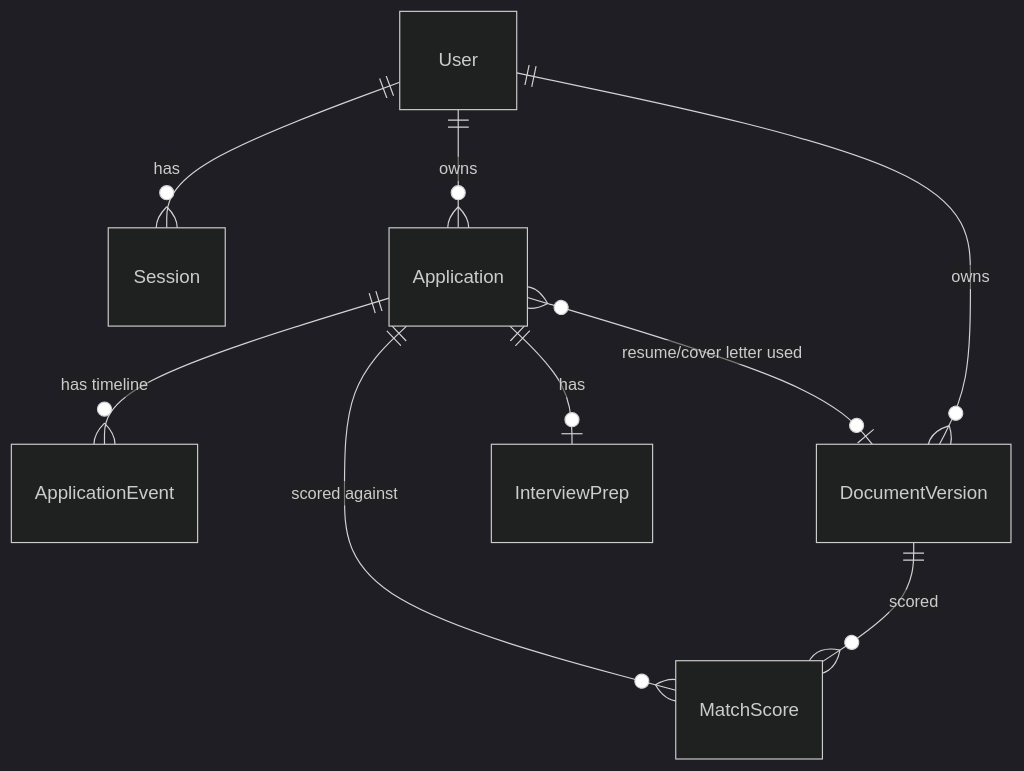
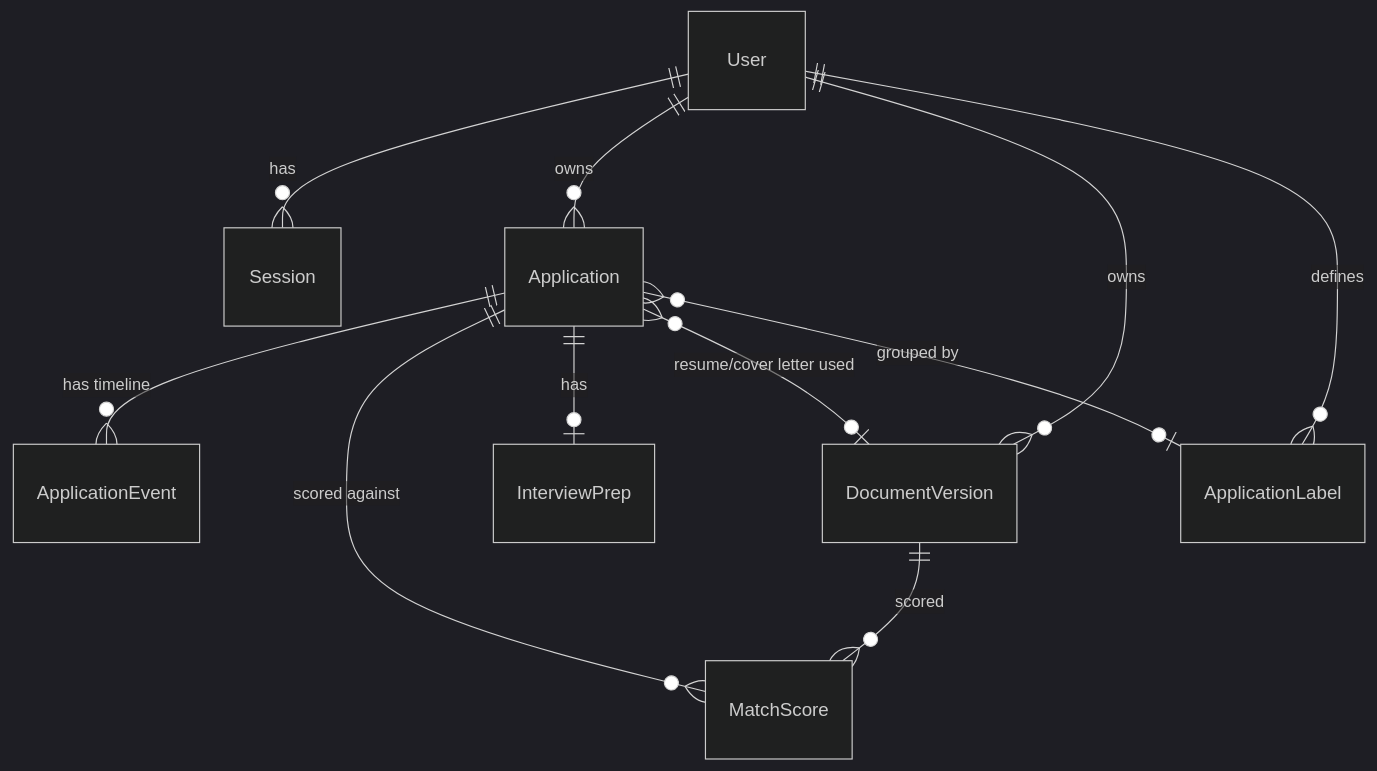
The third of 3 diagrams in docs/ARCHITECTURE.md (michael-felix/JobTrack), drawn with Mermaid (dark theme) before and after one commit. The commit also changed other lines of this file and 21 other files, not shown here.

````diff
--- a/docs/ARCHITECTURE.md
+++ b/docs/ARCHITECTURE.md
@@ -88,11 +102,13 @@
 ```mermaid
 erDiagram
     User ||--o{ Session : has
     User ||--o{ Application : owns
     User ||--o{ DocumentVersion : owns
+    User ||--o{ ApplicationLabel : defines
     Application ||--o{ ApplicationEvent : "has timeline"
     Application ||--o{ MatchScore : "scored against"
     Application ||--o| InterviewPrep : has
     Application }o--o| DocumentVersion : "resume/cover letter used"
+    Application }o--o| ApplicationLabel : "grouped by"
     DocumentVersion ||--o{ MatchScore : "scored"
 ```
````
